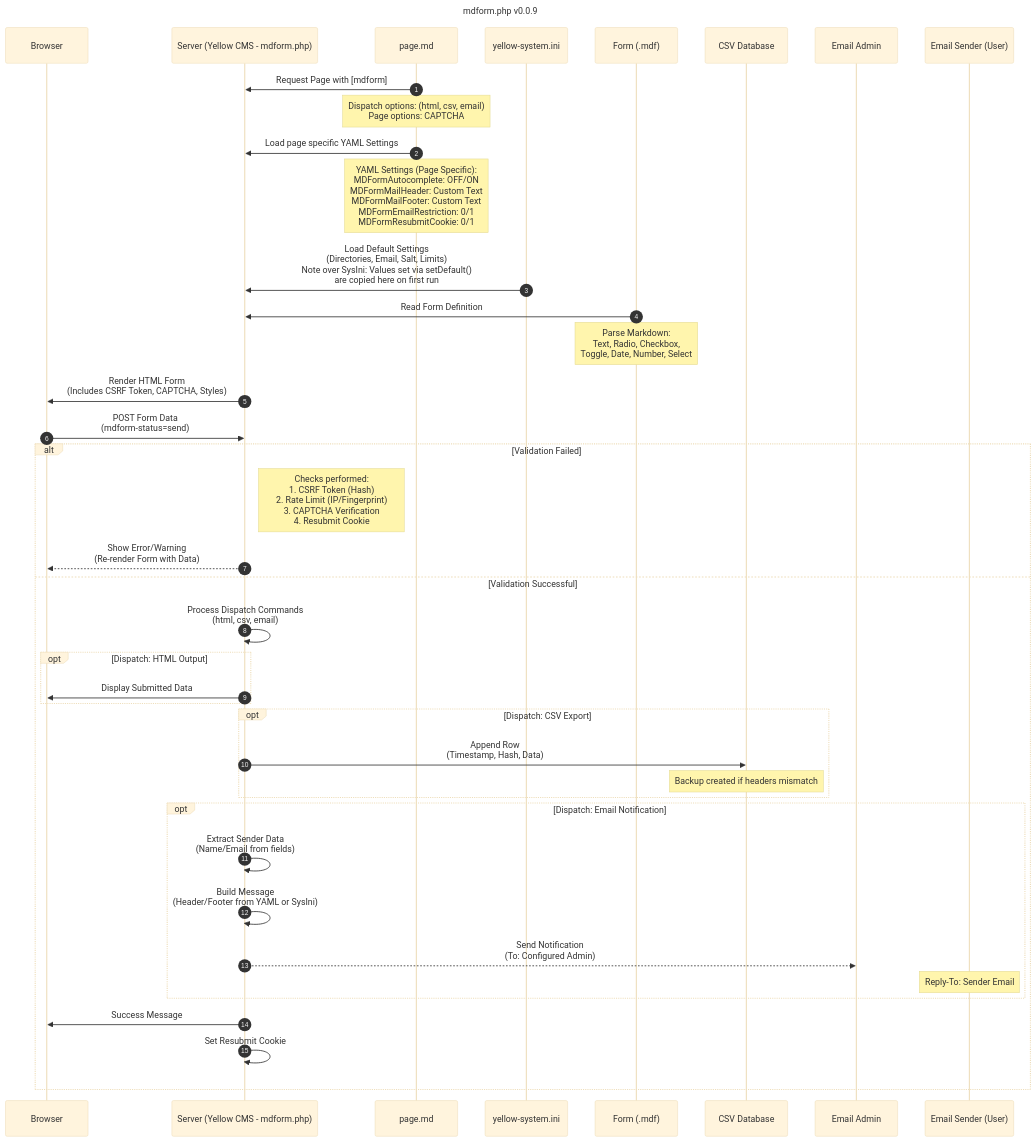
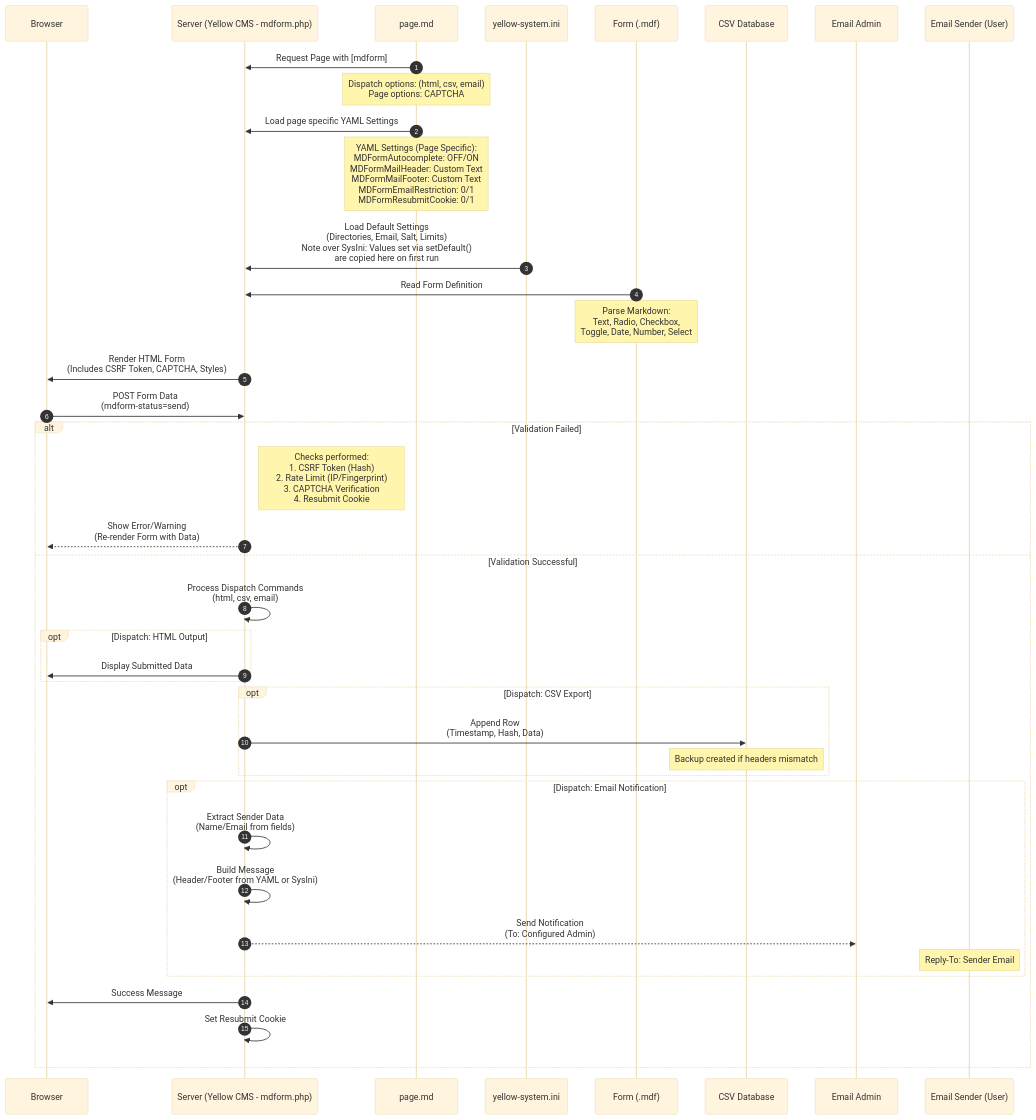
One commit to goehte/yellow-mdform changed the diagram in documentation.md. Above: the diagram before and after it, drawn with Mermaid (base theme). The commit also changed other lines of this file, not shown here.

Commit message:
Add sequence diagram for mdform.php v0.0.9
Added a sequence diagram for mdform.php version 0.0.9 to the documentation.

````diff
--- a/documentation.md
+++ b/documentation.md
@@ -132,60 +134,57 @@
 ```mermaid
----
-title: mdform.php v0.0.9
----
 sequenceDiagram
     autonumber
     participant Browser as Browser
     participant Server as Server (Yellow CMS - mdform.php)
     participant Page as page.md
     participant SysIni as yellow-system.ini
     participant MDF as Form (.mdf)
     participant CSV as CSV Database
     participant EmailAdmin as Email Admin
     participant EmailSender as Email Sender (User)
 
     %% --- Initialization & Rendering ---
     Page->>Server: Request Page with [mdform]
     
     Note over Page: Dispatch options: (html, csv, email)<br/>Page options: CAPTCHA
     
     Page->>Server: Load page specific YAML Settings
     
     Note over Page: YAML Settings (Page Specific):<br/>MDFormAutocomplete: OFF/ON<br/>MDFormMailHeader: Custom Text<br/>MDFormMailFooter: Custom Text<br/>MDFormEmailRestriction: 0/1<br/>MDFormResubmitCookie: 0/1
     
     SysIni->>Server: Load Default Settings<br/>(Directories, Email, Salt, Limits)<br/>Note over SysIni: Values set via setDefault()<br/>are copied here on first run
     
     MDF->>Server: Read Form Definition
     Note over MDF: Parse Markdown:<br/>Text, Radio, Checkbox,<br/>Toggle, Date, Number, Select
     
     Server->>Browser: Render HTML Form<br/>(Includes CSRF Token, CAPTCHA, Styles)
 
     %% --- Submission Process ---
     Browser->>Server: POST Form Data<br/>(mdform-status=send)
     
     alt Validation Failed
         Note right of Server: Checks performed:<br/>1. CSRF Token (Hash)<br/>2. Rate Limit (IP/Fingerprint)<br/>3. CAPTCHA Verification<br/>4. Resubmit Cookie
         Server-->>Browser: Show Error/Warning<br/>(Re-render Form with Data)
     else Validation Successful
         Server->>Server: Process Dispatch Commands<br/>(html, csv, email)
         
         opt Dispatch: HTML Output
             Server->>Browser: Display Submitted Data
         end
         
         opt Dispatch: CSV Export
             Server->>CSV: Append Row<br/>(Timestamp, Hash, Data)
             Note over CSV: Backup created if headers mismatch
         end
         
         opt Dispatch: Email Notification
             Server->>Server: Extract Sender Data<br/>(Name/Email from fields)
             Server->>Server: Build Message<br/>(Header/Footer from YAML or SysIni)
             Server-->>EmailAdmin: Send Notification<br/>(To: Configured Admin)
             Note over EmailSender: Reply-To: Sender Email
         end
         
         Server->>Browser: Success Message
         Server->>Server: Set Resubmit Cookie
     end
 ```
````
